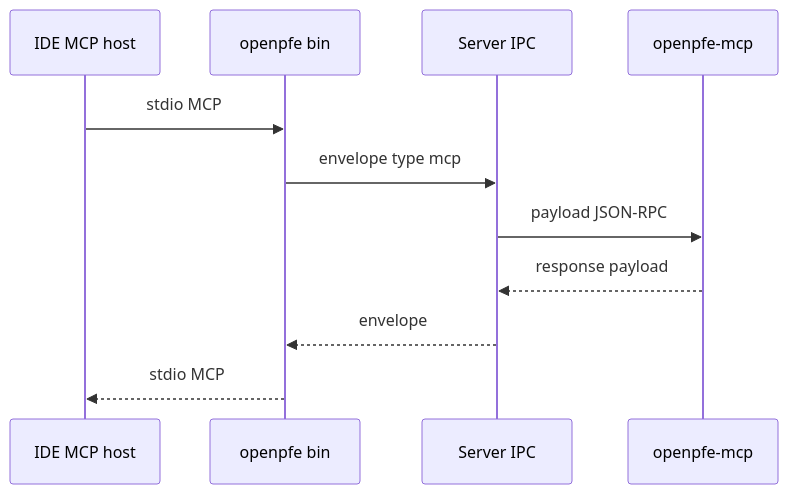
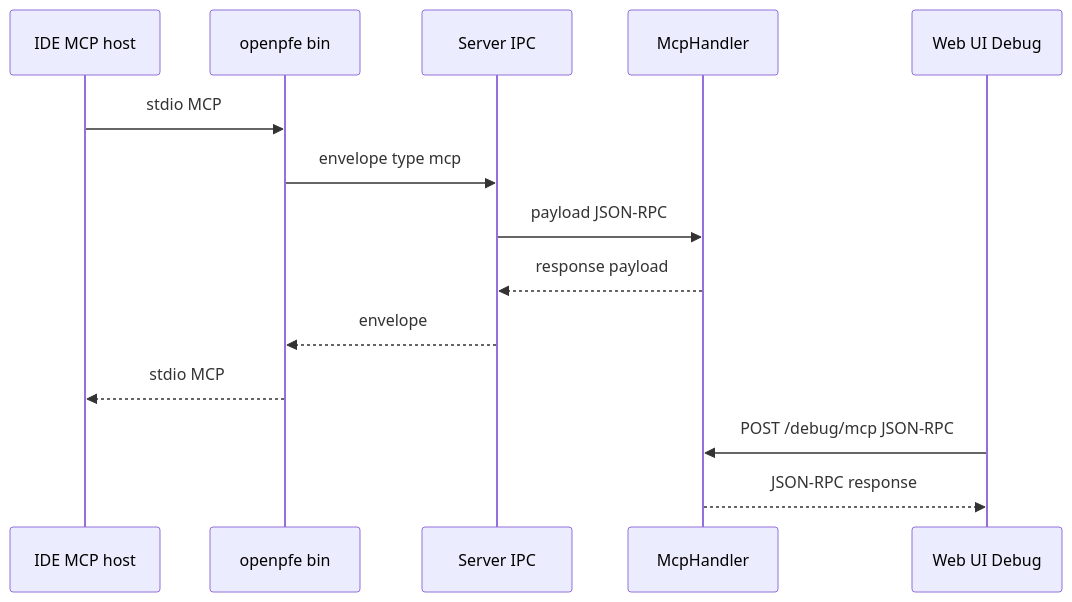
Before and after one commit to npetzall/openpfe: the diagram in .dev/guidelines/mcp.md, drawn with Mermaid. The commit also changed other lines of this file and 125 other files, not shown here.

Commit message:
feat: graph and minimal llm

````diff
--- a/.dev/guidelines/mcp.md
+++ b/.dev/guidelines/mcp.md
@@ -9,14 +9,18 @@
 ```mermaid
 sequenceDiagram
   participant Host as IDE MCP host
   participant Bin as openpfe bin
   participant IPC as Server IPC
-  participant MCP as openpfe-mcp
+  participant Handler as McpHandler
+  participant Browser as Web UI Debug
 
   Host->>Bin: stdio MCP
   Bin->>IPC: envelope type mcp
-  IPC->>MCP: payload JSON-RPC
-  MCP-->>IPC: response payload
+  IPC->>Handler: payload JSON-RPC
+  Handler-->>IPC: response payload
   IPC-->>Bin: envelope
   Bin-->>Host: stdio MCP
+
+  Browser->>Handler: POST /debug/mcp JSON-RPC
+  Handler-->>Browser: JSON-RPC response
 ```
````
